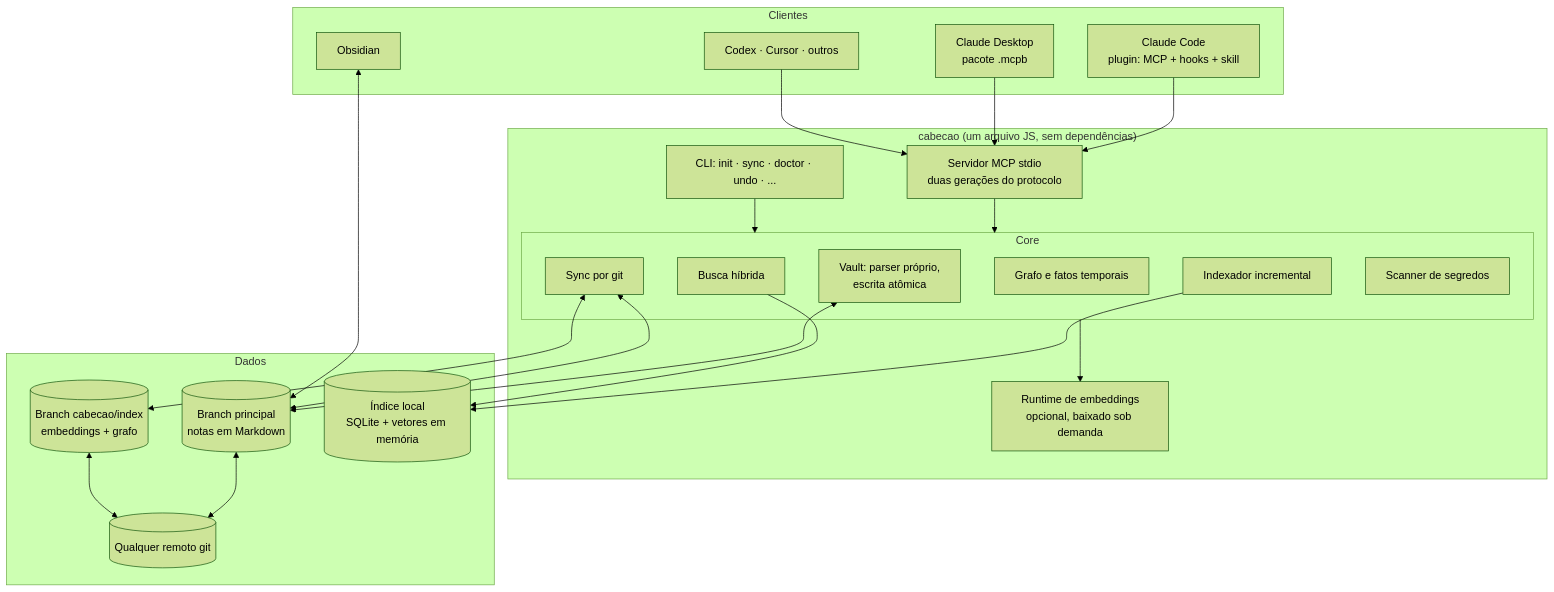
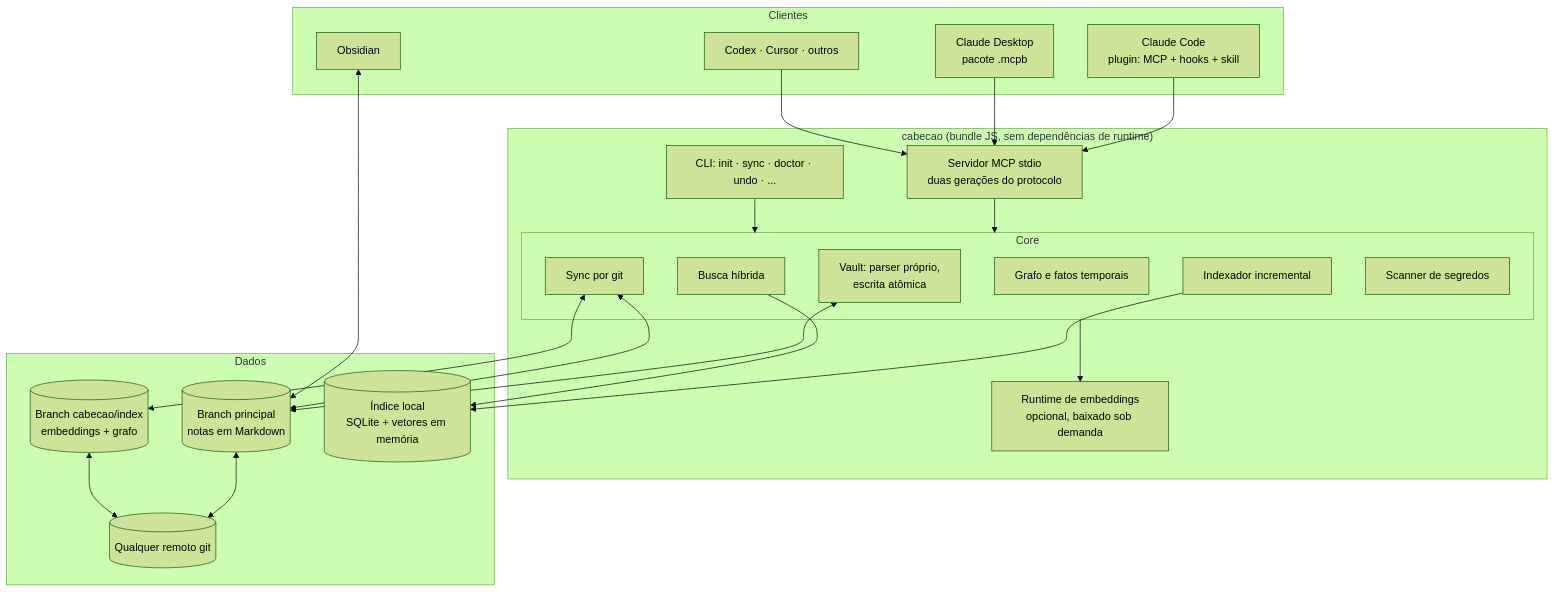
The diagram in docs/02-arquitetura.md (renanloureiroo/cabecao), drawn with Mermaid (forest theme) before and after one commit. The commit also changed other lines of this file and 13 other files, not shown here.

````diff
--- a/docs/02-arquitetura.md
+++ b/docs/02-arquitetura.md
@@ -5,45 +7,45 @@
 ```mermaid
 flowchart TB
     subgraph Clientes
       CC[Claude Code<br/>plugin: MCP + hooks + skill]
       CD[Claude Desktop<br/>pacote .mcpb]
       OT[Codex · Cursor · outros]
       OB[Obsidian]
     end
 
-    subgraph Cabecao["cabecao (um arquivo JS, sem dependências)"]
+    subgraph Cabecao["cabecao (bundle JS, sem dependências de runtime)"]
       MCP[Servidor MCP stdio<br/>duas gerações do protocolo]
       CLI[CLI: init · sync · doctor · undo · ...]
       subgraph Core
         VA[Vault: parser próprio,<br/>escrita atômica]
         IX[Indexador incremental]
         SE[Busca híbrida]
         GR[Grafo e fatos temporais]
         SY[Sync por git]
         SEC[Scanner de segredos]
       end
       EM[Runtime de embeddings<br/>opcional, baixado sob demanda]
     end
 
     subgraph Dados
       MAIN[(Branch principal<br/>notas em Markdown)]
       IDX[(Branch cabecao/index<br/>embeddings + grafo)]
       DB[(Índice local<br/>SQLite + vetores em memória)]
       REM[(Qualquer remoto git)]
     end
 
     CC --> MCP
     CD --> MCP
     OT --> MCP
     MCP --> Core
     CLI --> Core
     Core --> EM
     VA <--> MAIN
     SY <--> MAIN
     SY <--> IDX
     IX --> DB
     SE --> DB
     MAIN <--> REM
     IDX <--> REM
     OB <--> MAIN
 ```
````
